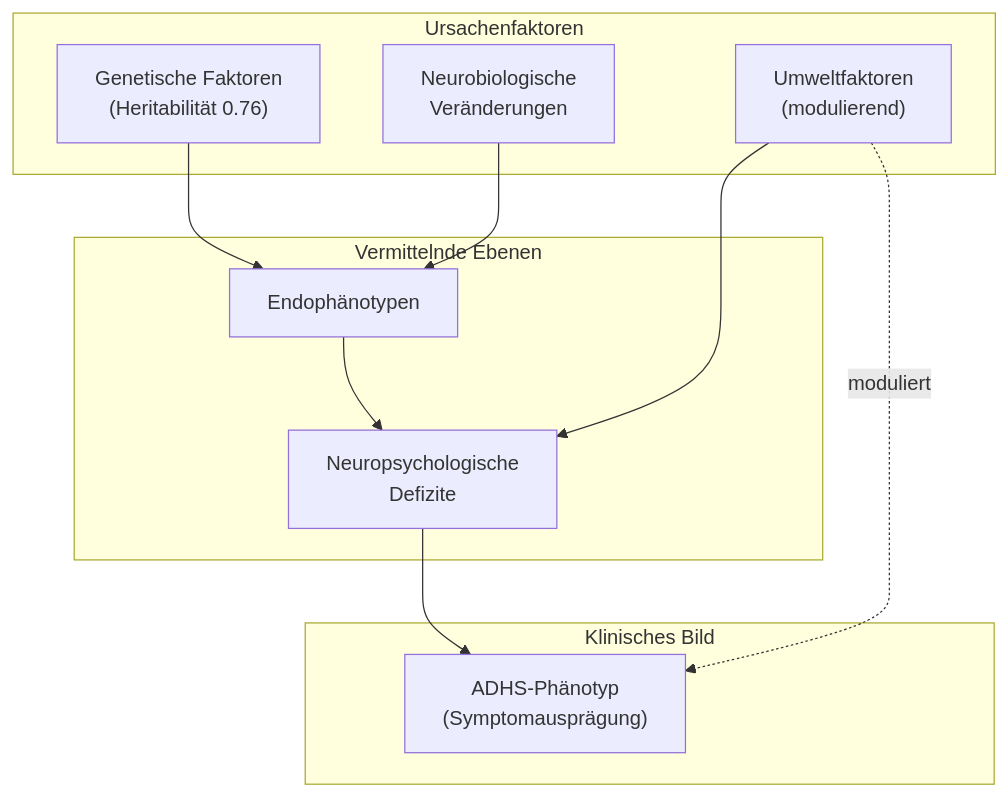
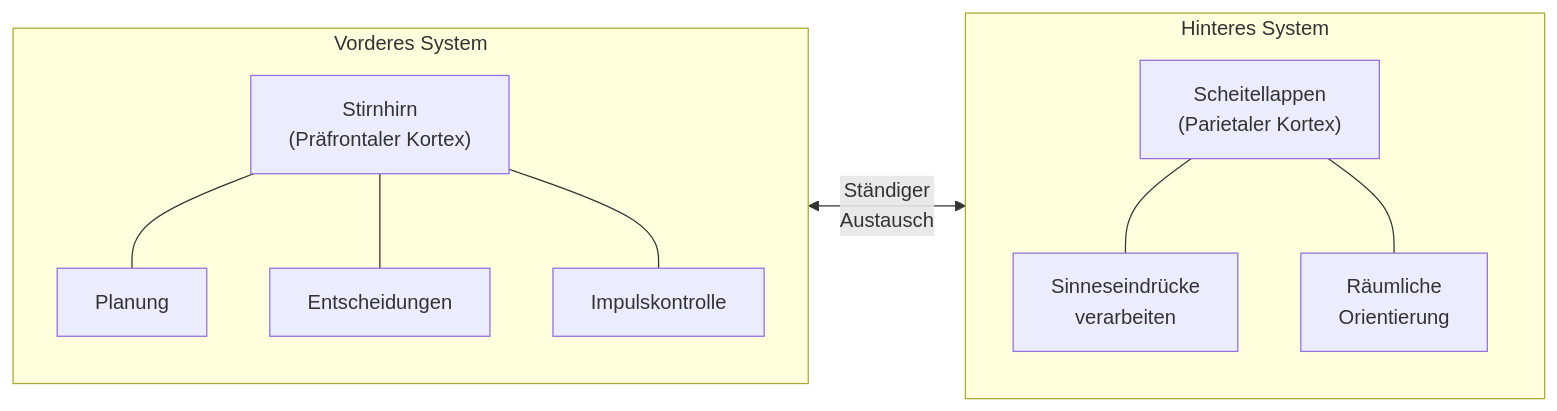
The first of 8 diagrams in Aufmerksamkeit_ADHS/01_ADHS-Definition_und_Diagnose.md (silas-hartmann/silas-hartmann.github.io), drawn with Mermaid before and after one commit. The commit also changed other lines of this file and 19 other files, not shown here.

````diff
--- a/Aufmerksamkeit_ADHS/01_ADHS-Definition_und_Diagnose.md
+++ b/Aufmerksamkeit_ADHS/01_ADHS-Definition_und_Diagnose.md
@@ -120,24 +127,22 @@
 ```mermaid
-flowchart TB
-    subgraph Ursachen["Ursachenfaktoren"]
-        GEN["Genetische Faktoren<br>(Heritabilität 0.76)"]
-        NEURO["Neurobiologische<br>Veränderungen"]
-        UMW["Umweltfaktoren<br>(modulierend)"]
+flowchart LR
+    subgraph Vorne["Vorderes System"]
+        PFC["Stirnhirn<br>(Präfrontaler Kortex)"]
+        F1["Planung"]
+        F2["Entscheidungen"]
+        F3["Impulskontrolle"]
+        PFC --- F1
+        PFC --- F2
+        PFC --- F3
     end
     
-    subgraph Ebenen["Vermittelnde Ebenen"]
-        ENDOPH["Endophänotypen"]
-        NEUROPS["Neuropsychologische<br>Defizite"]
+    subgraph Hinten["Hinteres System"]
+        PAR["Scheitellappen<br>(Parietaler Kortex)"]
+        H1["Sinneseindrücke<br>verarbeiten"]
+        H2["Räumliche<br>Orientierung"]
+        PAR --- H1
+        PAR --- H2
     end
     
-    subgraph Ergebnis["Klinisches Bild"]
-        PHENO["ADHS-Phänotyp<br>(Symptomausprägung)"]
-    end
-    
-    GEN --> ENDOPH
-    NEURO --> ENDOPH
-    ENDOPH --> NEUROPS
-    UMW --> NEUROPS
-    NEUROPS --> PHENO
-    UMW -.->|moduliert| PHENO
+    Vorne <-->|"Ständiger<br>Austausch"| Hinten
 ```
````
